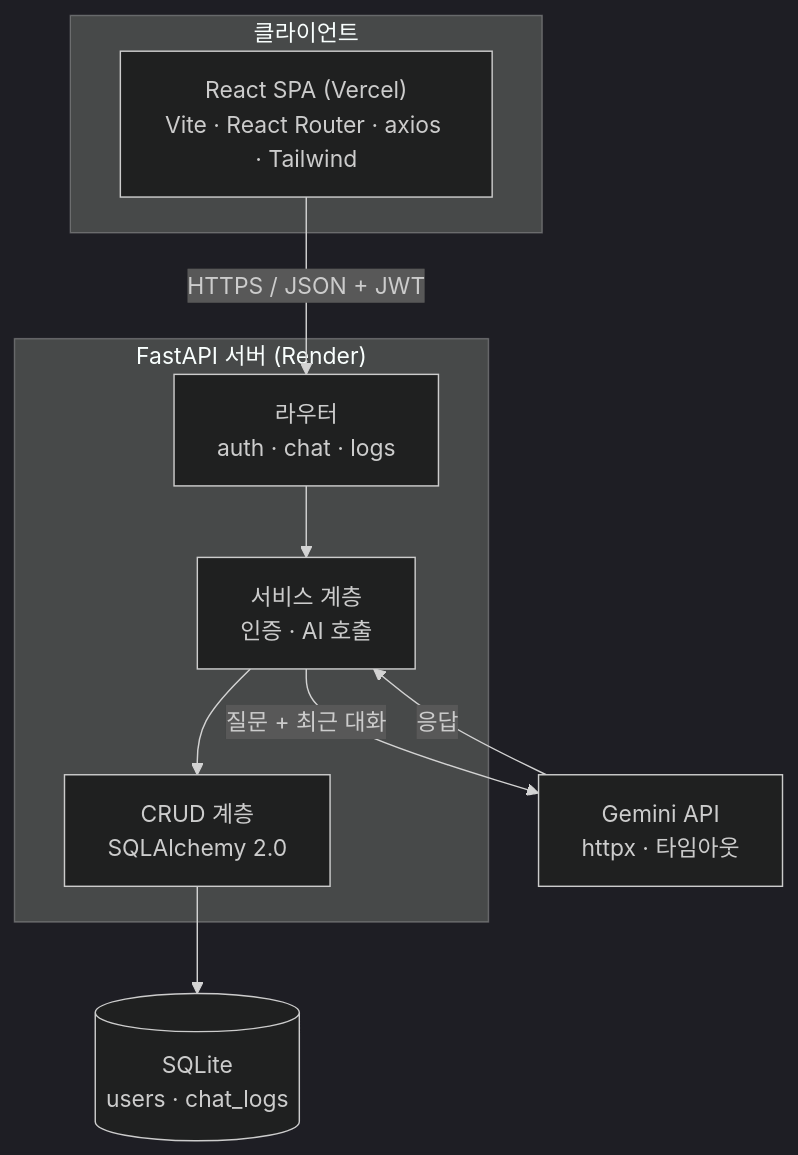
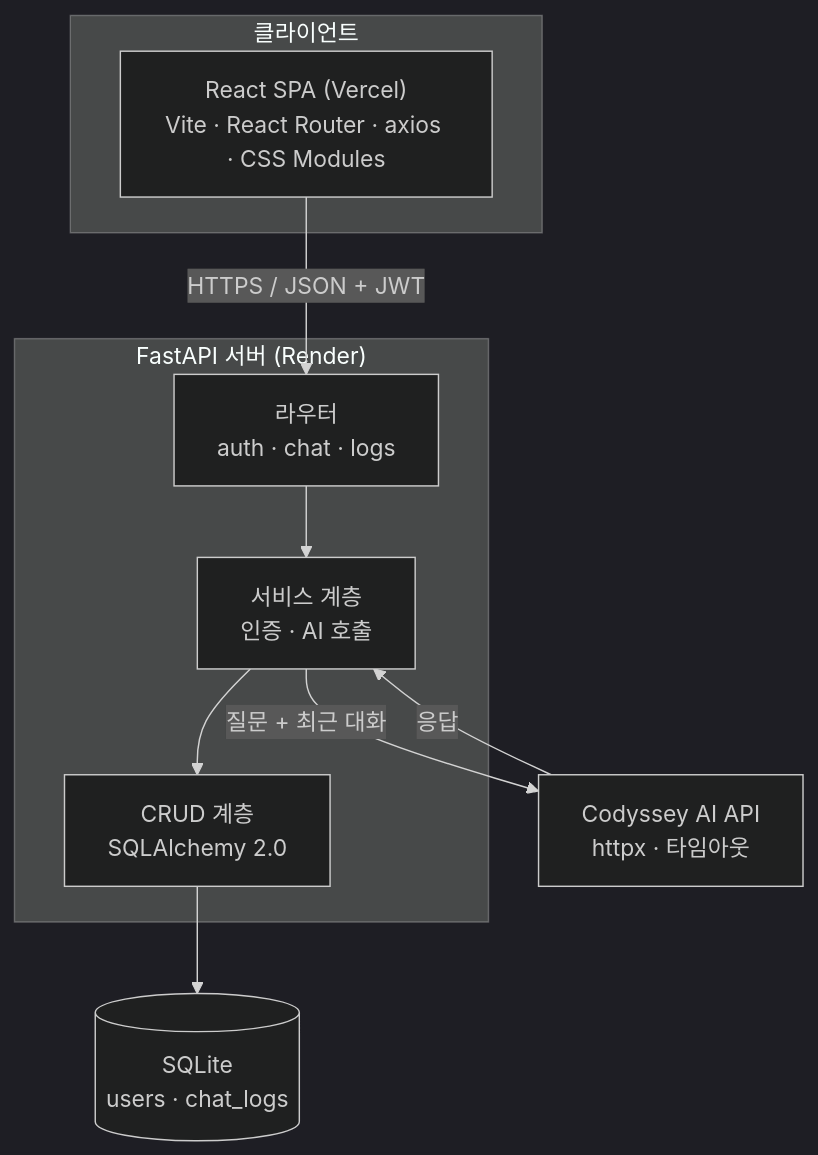
The first of 4 diagrams in docs/02-architecture.md (b7-1-chatbot-team/B7-1-chatbot), drawn with Mermaid (dark theme) before and after one commit. The commit also changed other lines of this file and 11 other files, not shown here.

````diff
--- a/docs/02-architecture.md
+++ b/docs/02-architecture.md
@@ -46,22 +46,22 @@
 ```mermaid
 flowchart TD
     subgraph client["클라이언트"]
-        React["React SPA (Vercel)<br/>Vite · React Router · axios · Tailwind"]
+        React["React SPA (Vercel)<br/>Vite · React Router · axios · CSS Modules"]
     end
 
     subgraph server["FastAPI 서버 (Render)"]
         Router["라우터<br/>auth · chat · logs"]
         Service["서비스 계층<br/>인증 · AI 호출"]
         Crud["CRUD 계층<br/>SQLAlchemy 2.0"]
     end
 
     DB[("SQLite<br/>users · chat_logs")]
-    AI["Gemini API<br/>httpx · 타임아웃"]
+    AI["Codyssey AI API<br/>httpx · 타임아웃"]
 
     React -->|"HTTPS / JSON + JWT"| Router
     Router --> Service
     Service --> Crud
     Service -->|"질문 + 최근 대화"| AI
     AI -->|"응답"| Service
     Crud --> DB
 ```
````
